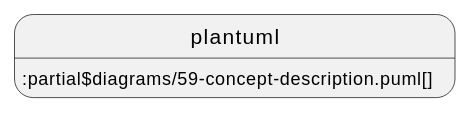
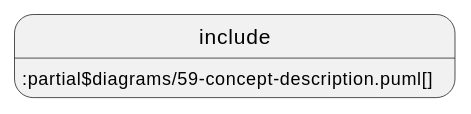
The diagram in documentation/IDTA-01001/modules/ROOT/pages/includes/embedded-data-specifications.adoc (acplt/aas-specs), drawn with PlantUML before and after one commit. The commit also changed 14 other files, not shown here.

First line of the commit message:
Revert "Use plantuml instead of include and test ./"

```diff
--- a/documentation/IDTA-01001/modules/ROOT/pages/includes/embedded-data-specifications.adoc
+++ b/documentation/IDTA-01001/modules/ROOT/pages/includes/embedded-data-specifications.adoc
@@ -14,4 +14,4 @@
 [plantuml, 59-concept-description, svg]
 ....
-plantuml::partial$diagrams/59-concept-description.puml[]
+include::partial$diagrams/59-concept-description.puml[]
 ....
```
